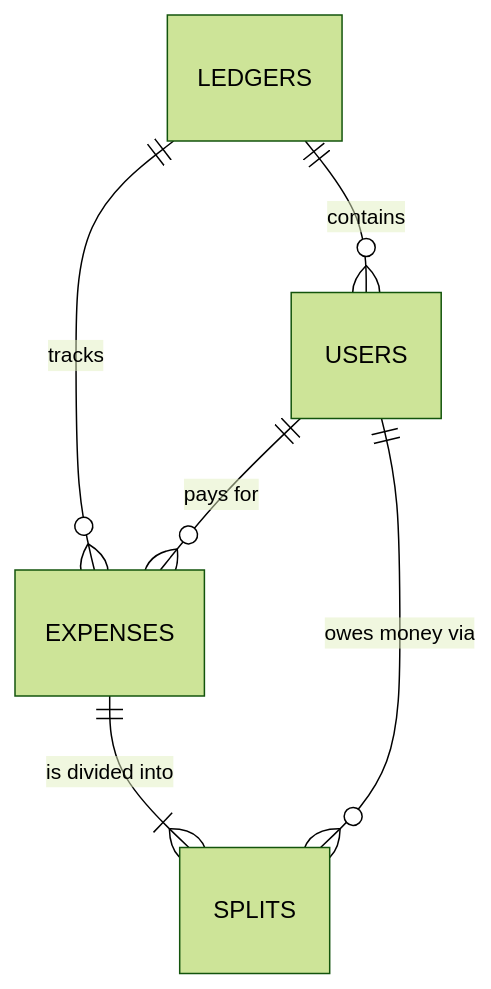
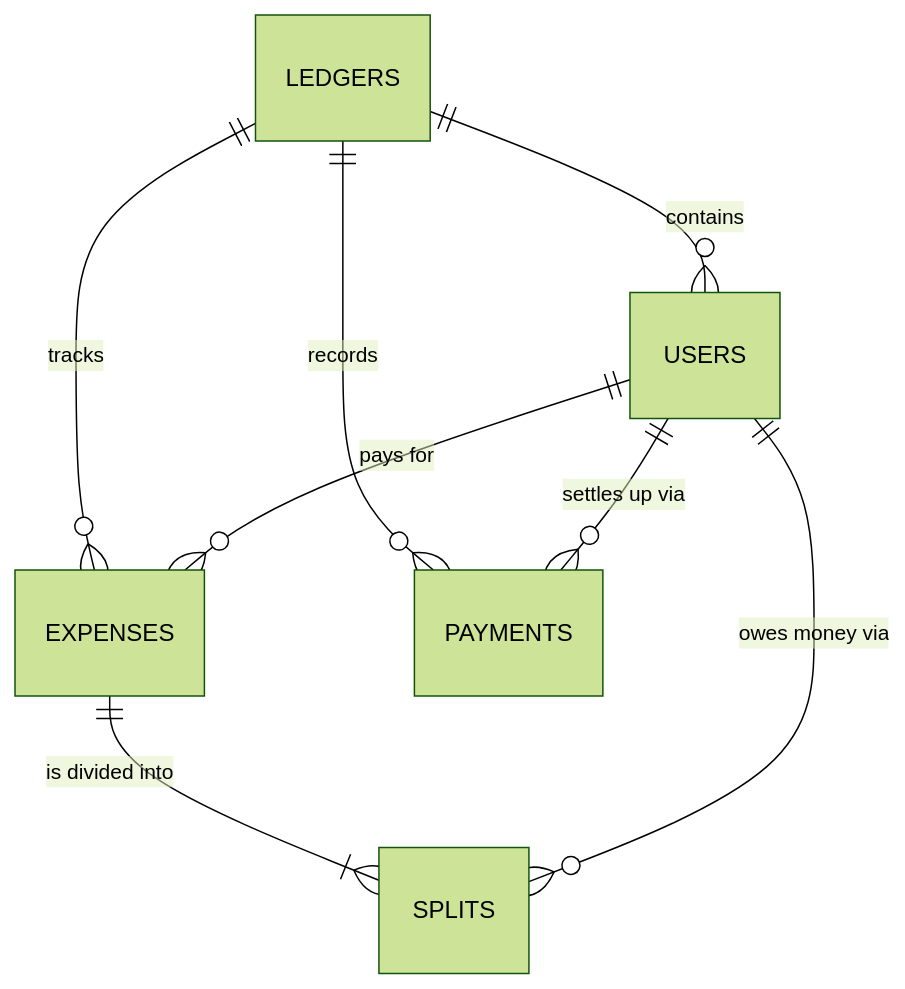
One commit to jackyzhong/potluck changed the diagram in docs/db-chart.md. Above: the diagram before and after it, drawn with Mermaid (forest theme). The commit also changed other lines of this file and 7 other files, not shown here.

````diff
--- a/docs/db-chart.md
+++ b/docs/db-chart.md
@@ -3,8 +3,10 @@
 ```mermaid
 erDiagram
     LEDGERS ||--o{ USERS : "contains"
     LEDGERS ||--o{ EXPENSES : "tracks"
     USERS ||--o{ EXPENSES : "pays for"
     EXPENSES ||--|{ SPLITS : "is divided into"
     USERS ||--o{ SPLITS : "owes money via"
+    LEDGERS ||--o{ PAYMENTS : "records"
+    USERS ||--o{ PAYMENTS : "settles up via"
 ```
````
